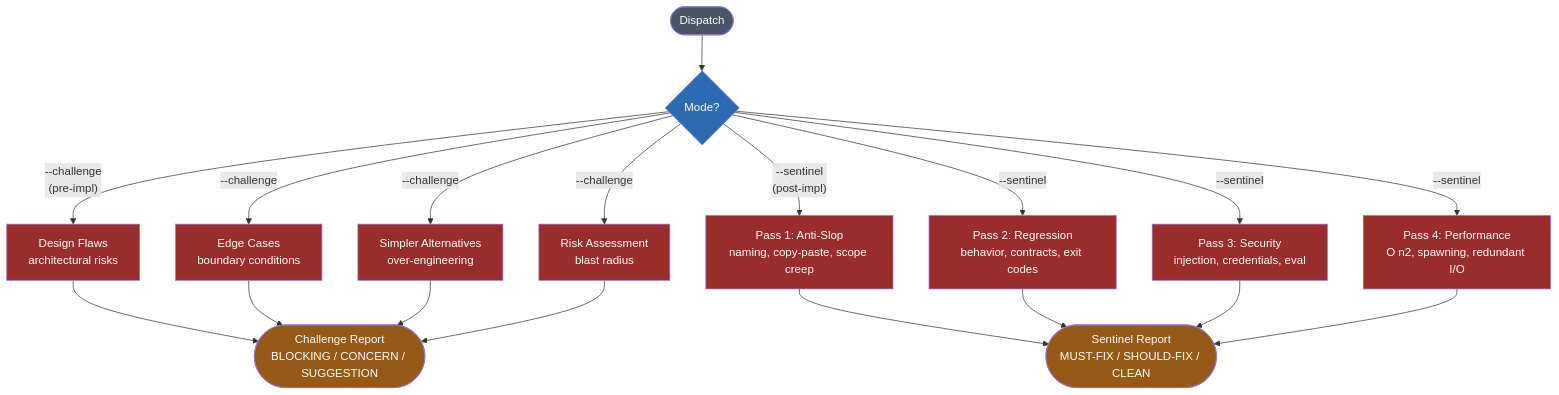
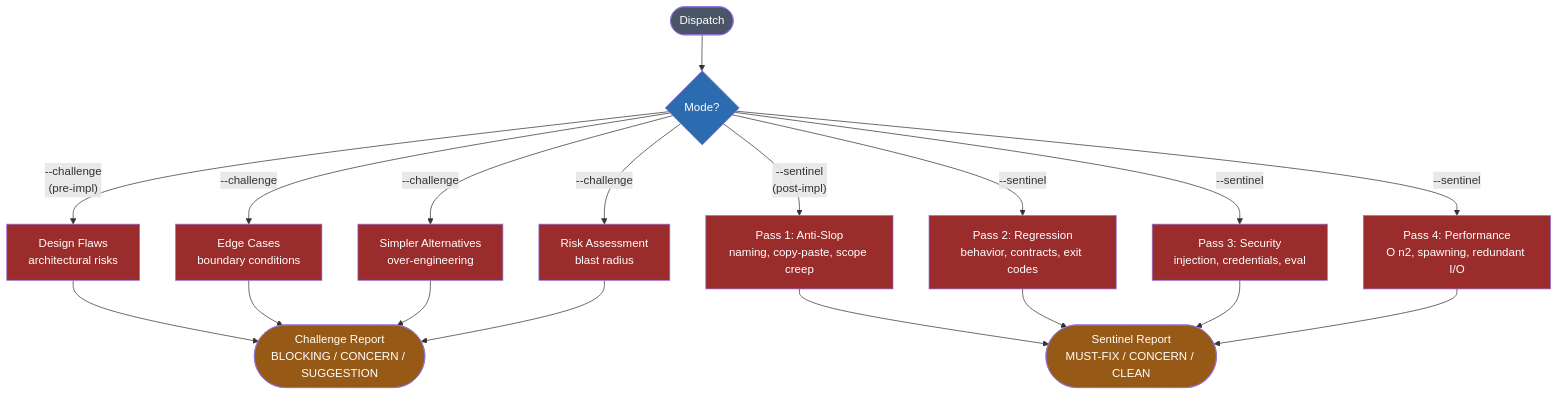
One commit to rfxn/rdf changed the seventh of 10 diagrams in reference/diagrams.md. Above: the diagram before and after it, drawn with Mermaid. The commit also changed other lines of this file and 2 other files, not shown here.

````diff
--- a/reference/diagrams.md
+++ b/reference/diagrams.md
@@ -344,40 +344,40 @@
 ```mermaid
 flowchart TD
     Input([Dispatch]) --> Mode{Mode?}
 
     Mode -->|"--challenge\n(pre-impl)"| C1
     Mode -->|"--sentinel\n(post-impl)"| P1
 
     C1[Design Flaws\narchitectural risks] --> COut
     C2[Edge Cases\nboundary conditions] --> COut
     C3[Simpler Alternatives\nover-engineering] --> COut
     C4[Risk Assessment\nblast radius] --> COut
     Mode -->|"--challenge"| C2
     Mode -->|"--challenge"| C3
     Mode -->|"--challenge"| C4
 
     COut([Challenge Report\nBLOCKING / CONCERN / SUGGESTION])
 
     P1[Pass 1: Anti-Slop\nnaming, copy-paste, scope creep] --> SOut
     P2[Pass 2: Regression\nbehavior, contracts, exit codes] --> SOut
     P3[Pass 3: Security\ninjection, credentials, eval] --> SOut
     P4[Pass 4: Performance\nO n2, spawning, redundant I/O] --> SOut
     Mode -->|"--sentinel"| P2
     Mode -->|"--sentinel"| P3
     Mode -->|"--sentinel"| P4
 
-    SOut([Sentinel Report\nMUST-FIX / SHOULD-FIX / CLEAN])
+    SOut([Sentinel Report\nMUST-FIX / CONCERN / CLEAN])
 
     style C1 fill:#9b2c2c,color:#fff
     style C2 fill:#9b2c2c,color:#fff
     style C3 fill:#9b2c2c,color:#fff
     style C4 fill:#9b2c2c,color:#fff
     style P1 fill:#9b2c2c,color:#fff
     style P2 fill:#9b2c2c,color:#fff
     style P3 fill:#9b2c2c,color:#fff
     style P4 fill:#9b2c2c,color:#fff
     style Input fill:#4a5568,color:#fff
     style Mode fill:#2b6cb0,color:#fff
     style COut fill:#975a16,color:#fff
     style SOut fill:#975a16,color:#fff
 ```
````
